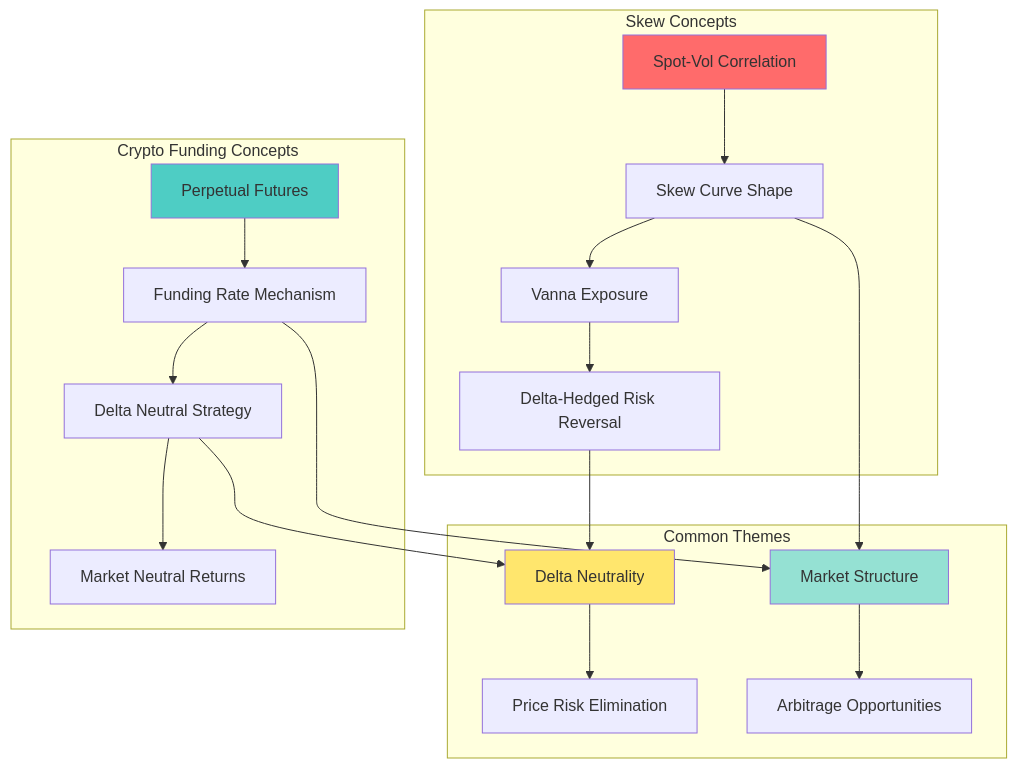
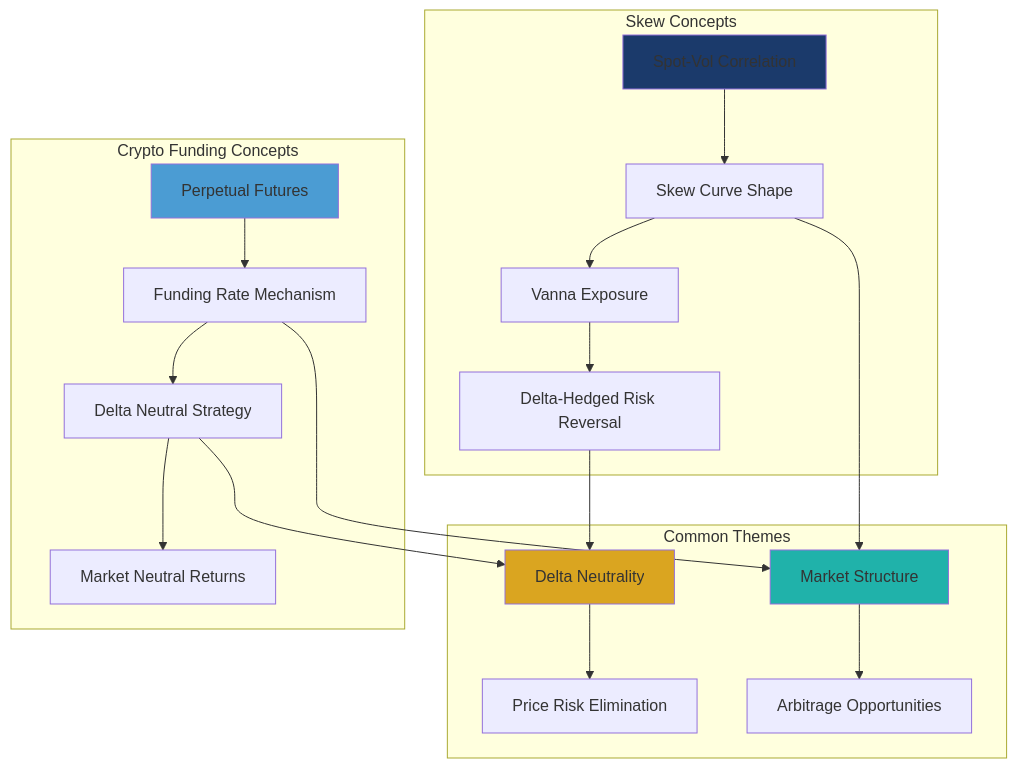
Before and after one commit to tripp-smith/benn_eifert_talks: the eighth of 8 diagrams in README.md, drawn with Mermaid. The commit also changed other lines of this file, not shown here.

````diff
--- a/README.md
+++ b/README.md
@@ -368,29 +370,29 @@
 ```mermaid
 graph TB
-    subgraph "Skew Concepts"
-        A[Spot-Vol Correlation] --> B[Skew Curve Shape]
-        B --> C[Vanna Exposure]
-        C --> D[Delta-Hedged Risk Reversal]
+    subgraph SkewConcepts["Skew Concepts"]
+        SpotVolCorrelation["Spot-Vol Correlation"] --> SkewCurveShape["Skew Curve Shape"]
+        SkewCurveShape --> VannaExposure["Vanna Exposure"]
+        VannaExposure --> DeltaHedgedRiskReversal["Delta-Hedged Risk Reversal"]
     end
     
-    subgraph "Crypto Funding Concepts"
-        E[Perpetual Futures] --> F[Funding Rate Mechanism]
-        F --> G[Delta Neutral Strategy]
-        G --> H[Market Neutral Returns]
+    subgraph CryptoFundingConcepts["Crypto Funding Concepts"]
+        PerpetualFutures["Perpetual Futures"] --> FundingRateMechanism["Funding Rate Mechanism"]
+        FundingRateMechanism --> DeltaNeutralStrategy["Delta Neutral Strategy"]
+        DeltaNeutralStrategy --> MarketNeutralReturns["Market Neutral Returns"]
     end
     
-    subgraph "Common Themes"
-        I[Delta Neutrality] --> J[Price Risk Elimination]
-        K[Market Structure] --> L[Arbitrage Opportunities]
+    subgraph CommonThemes["Common Themes"]
+        DeltaNeutrality["Delta Neutrality"] --> PriceRiskElimination["Price Risk Elimination"]
+        MarketStructure["Market Structure"] --> ArbitrageOpportunities["Arbitrage Opportunities"]
     end
     
-    D --> I
-    G --> I
-    B --> K
-    F --> K
+    DeltaHedgedRiskReversal --> DeltaNeutrality
+    DeltaNeutralStrategy --> DeltaNeutrality
+    SkewCurveShape --> MarketStructure
+    FundingRateMechanism --> MarketStructure
     
-    style A fill:#ff6b6b
-    style E fill:#4ecdc4
-    style I fill:#ffe66d
-    style K fill:#95e1d3
+    style SpotVolCorrelation fill:#1B3A6B
+    style PerpetualFutures fill:#4B9CD3
+    style DeltaNeutrality fill:#DAA520
+    style MarketStructure fill:#20B2AA
 ```
````
